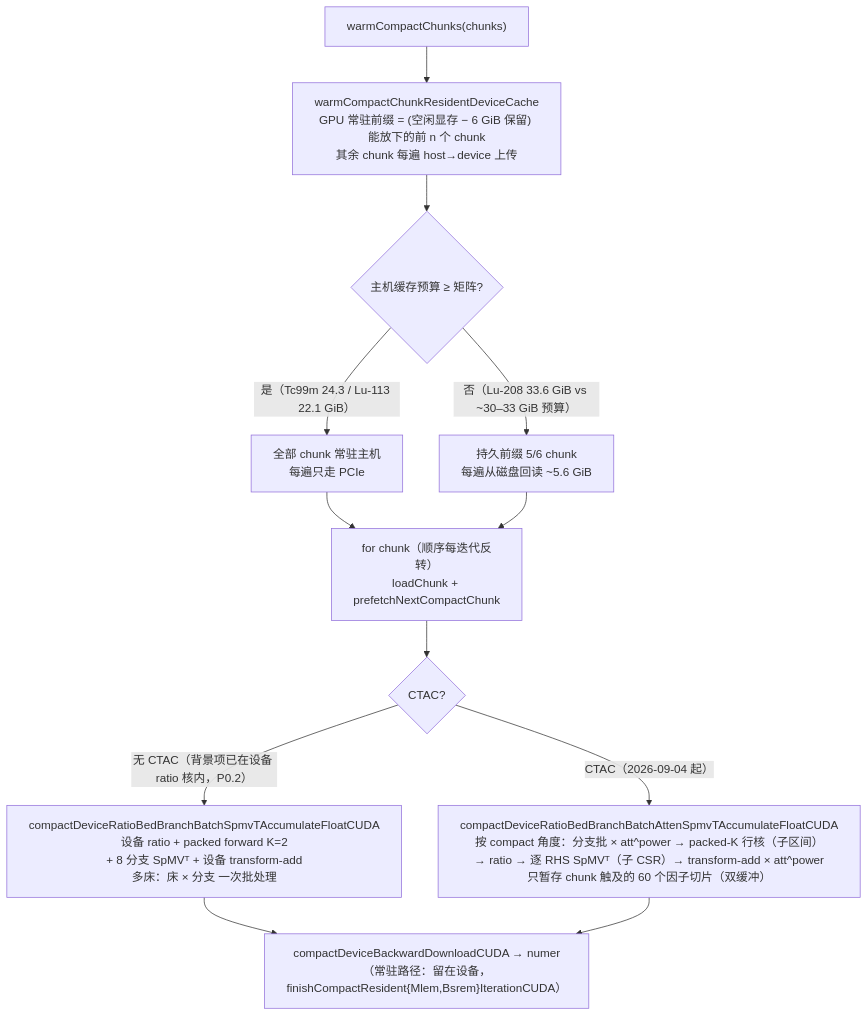
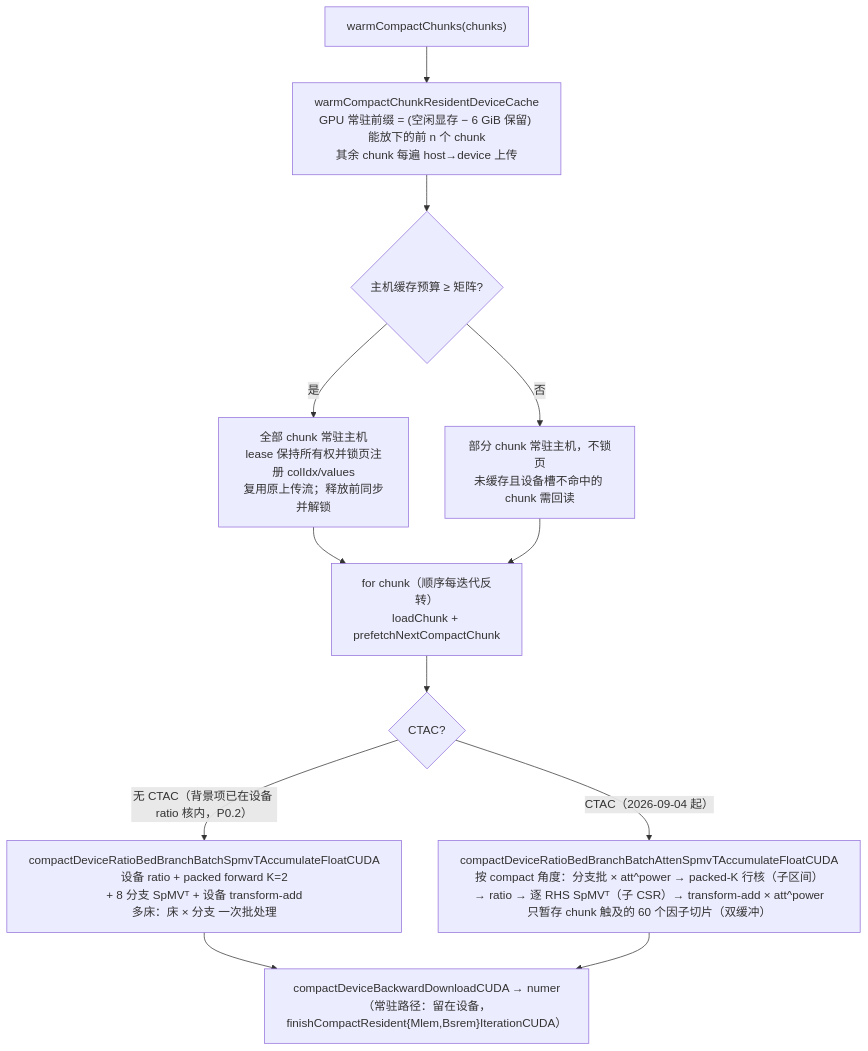
Before and after one commit to wangdy920/spect_6module_recon: the second of 3 diagrams in reports/2026-09-04-matrix-call-flow-architecture.md, drawn with Mermaid. The commit also changed other lines of this file and 1 other file, not shown here.

````diff
--- a/reports/2026-09-04-matrix-call-flow-architecture.md
+++ b/reports/2026-09-04-matrix-call-flow-architecture.md
@@ -49,14 +49,14 @@
 ```mermaid
 flowchart TD
     W["warmCompactChunks(chunks)"] --> WR["warmCompactChunkResidentDeviceCache<br/>GPU 常驻前缀 = (空闲显存 − 6 GiB 保留) 能放下的前 n 个 chunk<br/>其余 chunk 每遍 host→device 上传"]
     WR --> HC{"主机缓存预算 ≥ 矩阵?"}
-    HC -->|"是（Tc99m 24.3 / Lu-113 22.1 GiB）"| HCOK["全部 chunk 常驻主机<br/>每遍只走 PCIe"]
-    HC -->|"否（Lu-208 33.6 GiB vs ~30–33 GiB 预算）"| HCNO["持久前缀 5/6 chunk<br/>每遍从磁盘回读 ~5.6 GiB"]
+    HC -->|"是"| HCOK["全部 chunk 常驻主机<br/>lease 保持所有权并锁页注册 colIdx/values<br/>复用原上传流；释放前同步并解锁"]
+    HC -->|"否"| HCNO["部分 chunk 常驻主机，不锁页<br/>未缓存且设备槽不命中的 chunk 需回读"]
     HCOK --> LOOPC
     HCNO --> LOOPC
     LOOPC["for chunk（顺序每迭代反转）<br/>loadChunk + prefetchNextCompactChunk"] --> B{"CTAC?"}
     B -->|"无 CTAC（背景项已在设备 ratio 核内，P0.2）"| BB["compactDeviceRatioBedBranchBatchSpmvTAccumulateFloatCUDA<br/>设备 ratio + packed forward K=2<br/>+ 8 分支 SpMVᵀ + 设备 transform-add<br/>多床：床 × 分支 一次批处理"]
     B -->|"CTAC（2026-09-04 起）"| AT["compactDeviceRatioBedBranchBatchAttenSpmvTAccumulateFloatCUDA<br/>按 compact 角度：分支批 × att^power → packed-K 行核（子区间）<br/>→ ratio → 逐 RHS SpMVᵀ（子 CSR）→ transform-add × att^power<br/>只暂存 chunk 触及的 60 个因子切片（双缓冲）"]
     BB --> DL["compactDeviceBackwardDownloadCUDA → numer<br/>（常驻路径：留在设备，finishCompactResident{Mlem,Bsrem}IterationCUDA）"]
     AT --> DL
 ```
````
